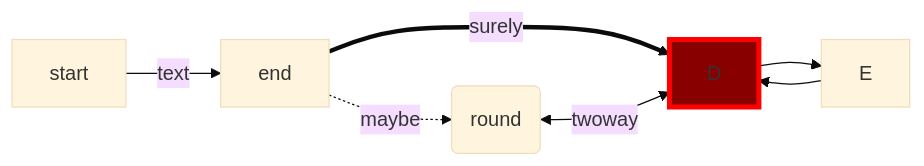
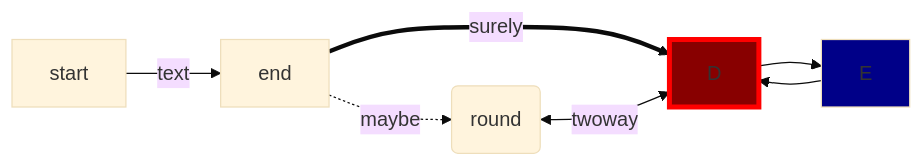
Before and after one commit to dcsan/autoapps: the first of 5 diagrams in docs/graphs/entrel.md, drawn with Mermaid (base theme).

````diff
--- a/docs/graphs/entrel.md
+++ b/docs/graphs/entrel.md
@@ -7,15 +7,15 @@
 ```mermaid
 
 flowchart LR
     A[start] -->| text |B[end]
     B -. maybe .->C(round)
     B == surely ==> D
     C <-- twoway --> D
     D --> E
-    E --> D
+    E:::blue --> D
 
     style D fill:#800,stroke:#F00,stroke-width:4px
-    classDef red fill:#800
+    classDef blue fill:#008
 
 
 ```
````
